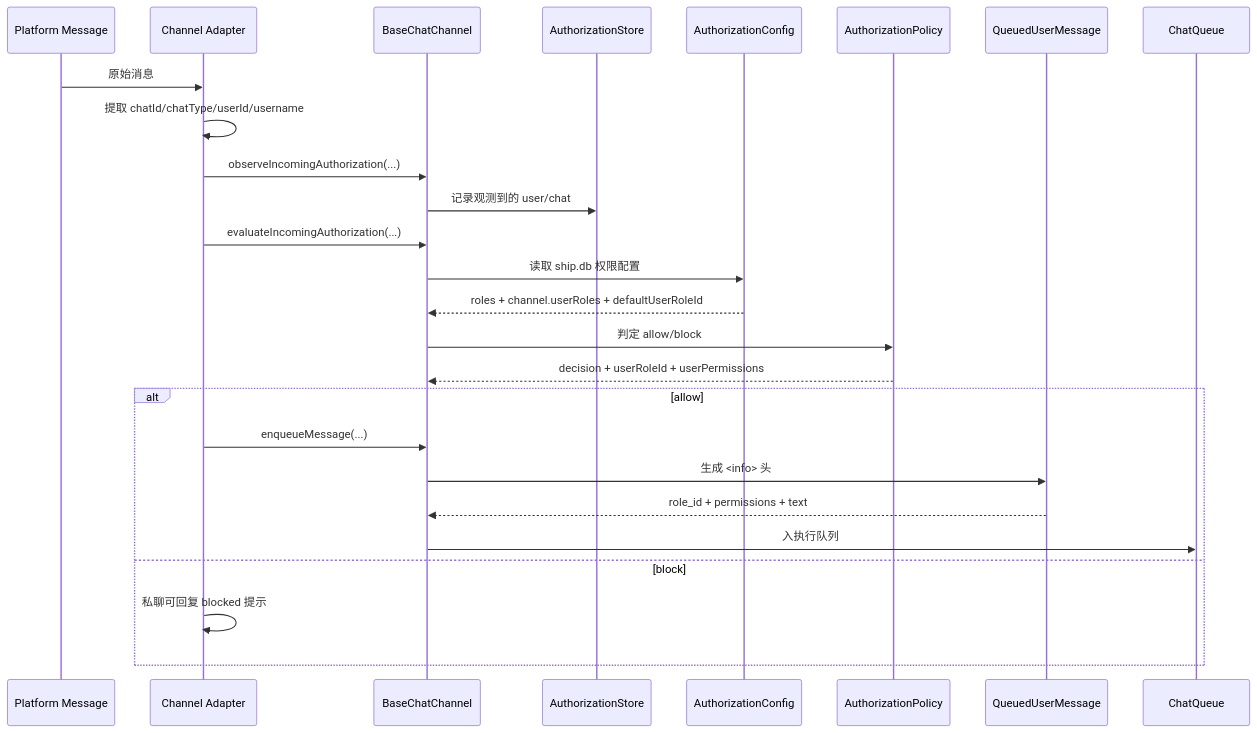
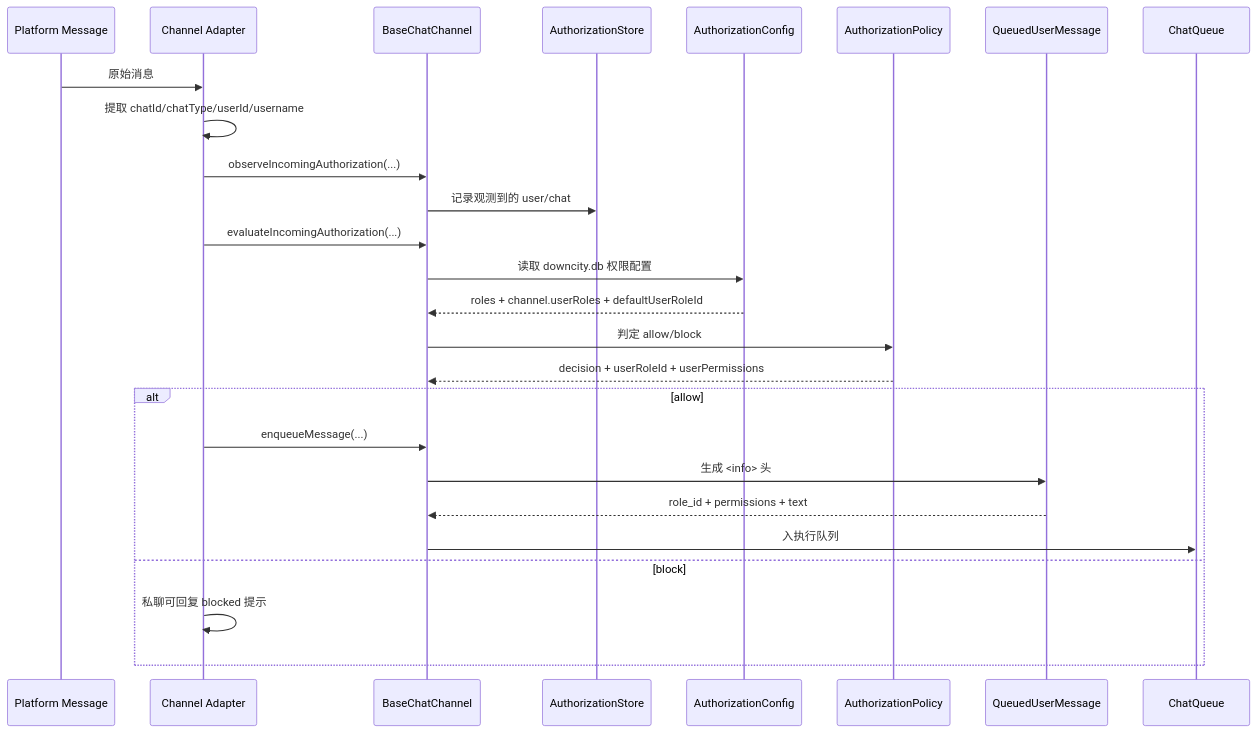
One commit to wangenius/downcity changed the second of 2 diagrams in docs/authorization.mdx. Above: the diagram before and after it, drawn with Mermaid. The commit also changed other lines of this file and 240 other files, not shown here.

````diff
--- a/docs/authorization.mdx
+++ b/docs/authorization.mdx
@@ -73,31 +73,31 @@
 ```mermaid
 sequenceDiagram
   participant P as Platform Message
   participant A as Channel Adapter
   participant B as BaseChatChannel
   participant S as AuthorizationStore
   participant C as AuthorizationConfig
   participant O as AuthorizationPolicy
   participant Q as QueuedUserMessage
   participant K as ChatQueue
 
   P->>A: 原始消息
   A->>A: 提取 chatId/chatType/userId/username
   A->>B: observeIncomingAuthorization(...)
   B->>S: 记录观测到的 user/chat
 
   A->>B: evaluateIncomingAuthorization(...)
-  B->>C: 读取 ship.db 权限配置
+  B->>C: 读取 downcity.db 权限配置
   C-->>B: roles + channel.userRoles + defaultUserRoleId
   B->>O: 判定 allow/block
   O-->>B: decision + userRoleId + userPermissions
 
   alt allow
     A->>B: enqueueMessage(...)
     B->>Q: 生成 <info> 头
     Q-->>B: role_id + permissions + text
     B->>K: 入执行队列
   else block
     A->>A: 私聊可回复 blocked 提示
   end
 ```
````
